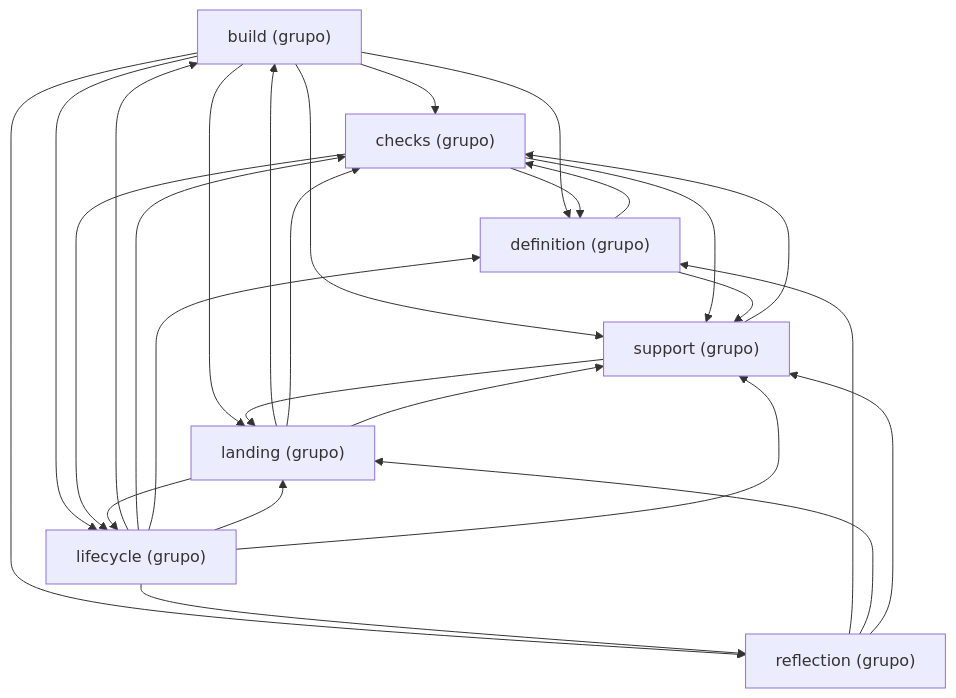
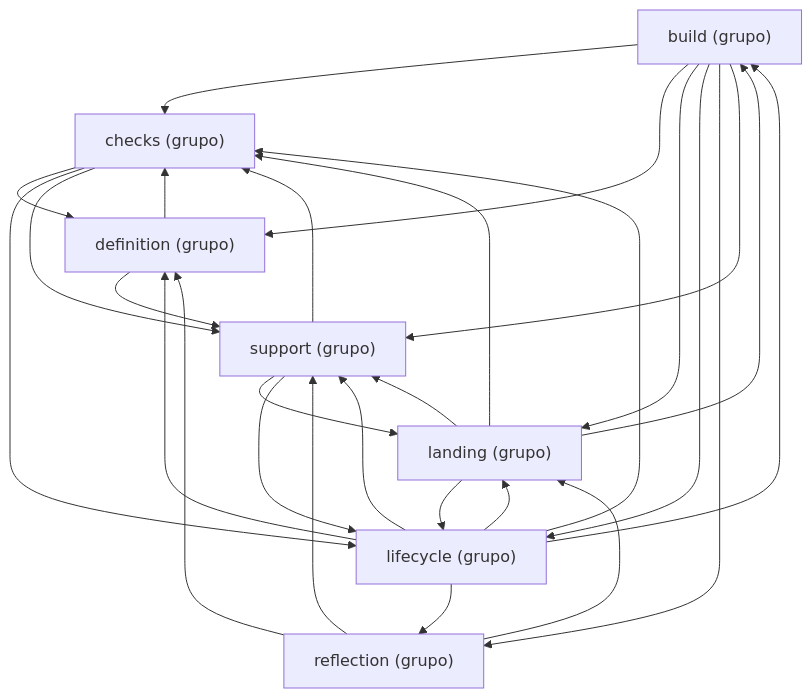
The diagram in docs/architecture/generated/packages-process-application.md (GonzaloZevallos/agentic-system), drawn with Mermaid before and after one commit. The commit also changed 7 other files, not shown here.

First line of the commit message:
Document the non-code landing failures (ADR-0048 addendum, glossaries) and regenerate the architecture pages

````diff
--- a/docs/architecture/generated/packages-process-application.md
+++ b/docs/architecture/generated/packages-process-application.md
@@ -26,36 +26,37 @@
 ```mermaid
 graph TD
     g_application__build["build (grupo)"]
     g_application__checks["checks (grupo)"]
     g_application__definition["definition (grupo)"]
     g_application__landing["landing (grupo)"]
     g_application__lifecycle["lifecycle (grupo)"]
     g_application__reflection["reflection (grupo)"]
     g_application__support["support (grupo)"]
     g_application__build --> g_application__checks
     g_application__build --> g_application__definition
     g_application__build --> g_application__landing
     g_application__build --> g_application__lifecycle
     g_application__build --> g_application__reflection
     g_application__build --> g_application__support
     g_application__checks --> g_application__definition
     g_application__checks --> g_application__lifecycle
     g_application__checks --> g_application__support
     g_application__definition --> g_application__checks
     g_application__definition --> g_application__support
     g_application__landing --> g_application__build
     g_application__landing --> g_application__checks
     g_application__landing --> g_application__lifecycle
     g_application__landing --> g_application__support
     g_application__lifecycle --> g_application__build
     g_application__lifecycle --> g_application__checks
     g_application__lifecycle --> g_application__definition
     g_application__lifecycle --> g_application__landing
     g_application__lifecycle --> g_application__reflection
     g_application__lifecycle --> g_application__support
     g_application__reflection --> g_application__definition
     g_application__reflection --> g_application__landing
     g_application__reflection --> g_application__support
     g_application__support --> g_application__checks
     g_application__support --> g_application__landing
+    g_application__support --> g_application__lifecycle
 ```
````
